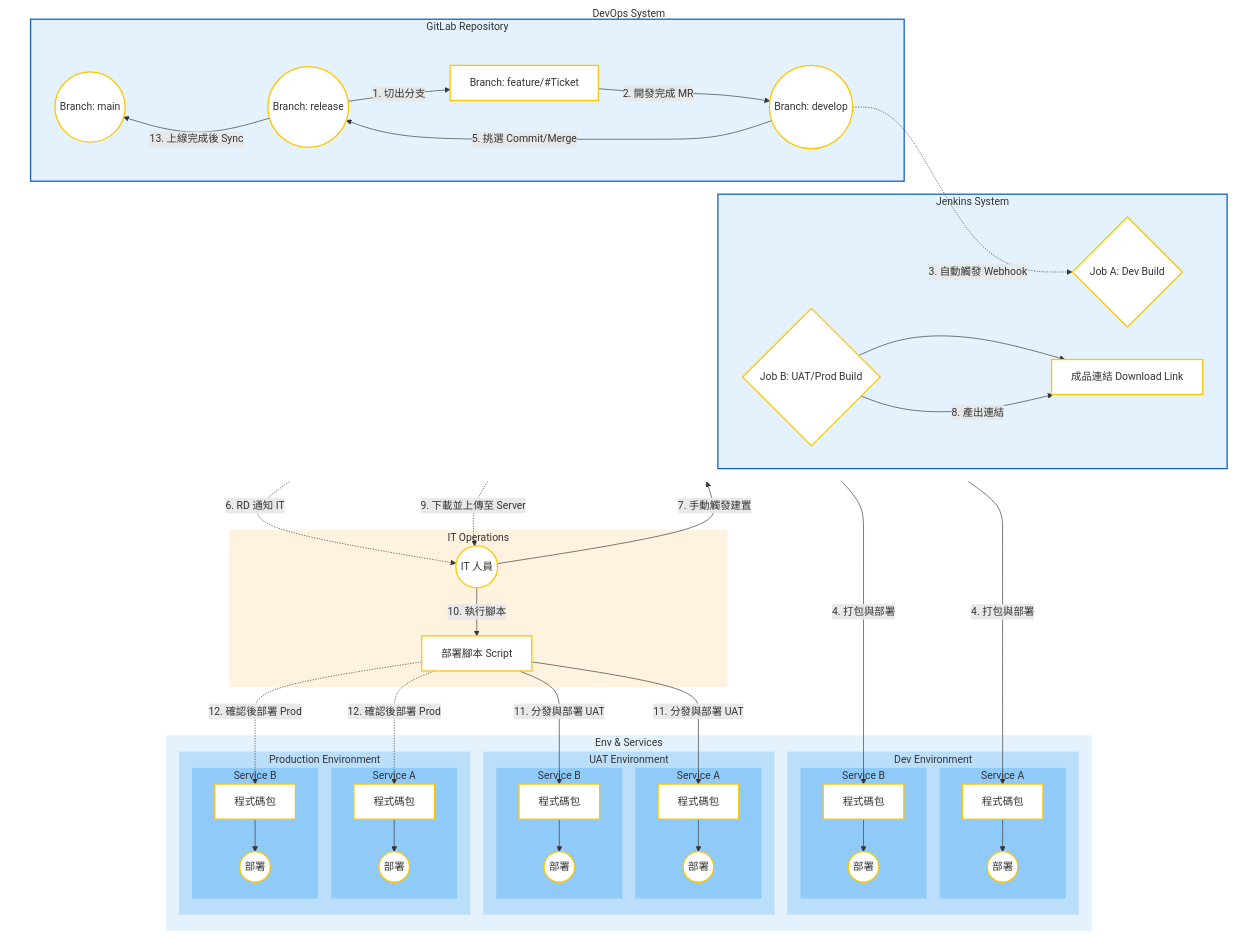
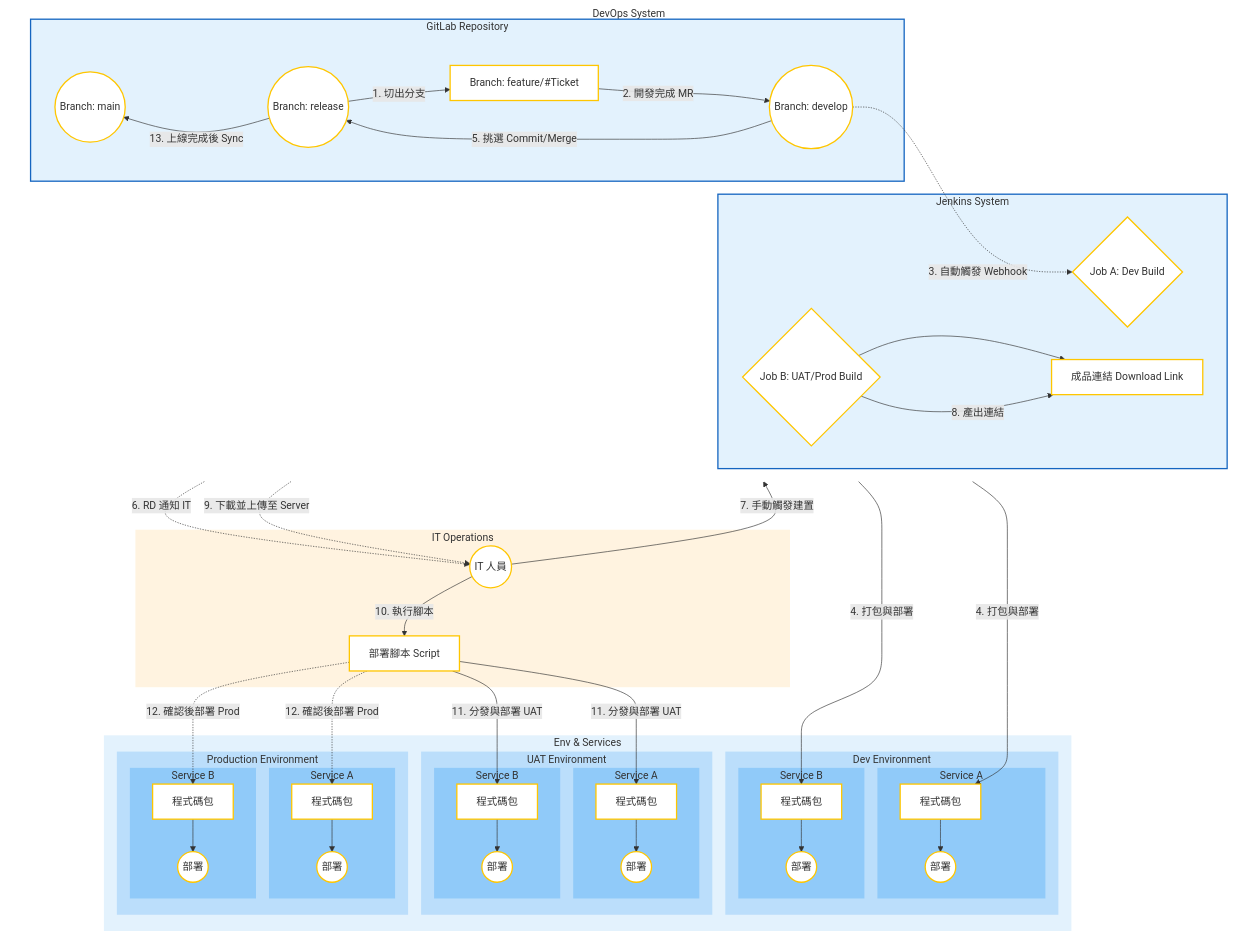
One commit to almightyken0425/KnowledgeVault changed the second of 2 diagrams in SIT/ReleaseWorkFlow.md. Above: the diagram before and after it, drawn with Mermaid.

```diff
--- a/SIT/ReleaseWorkFlow.md
+++ b/SIT/ReleaseWorkFlow.md
@@ -125,7 +125,7 @@
     Feature -->|2. 開發完成 MR| Develop
 
     Develop -.->|3. 自動觸發 Webhook| JobA
-    JobA -->|4. 打包與部署| DevPkgA & DevPkgB
+    JobA --->|4. 打包與部署| DevPkgA & DevPkgB
     
     Develop -->|5. 挑選 Commit/Merge| Release
     Release -.->|6. RD 通知 IT| ITUser
@@ -141,6 +141,13 @@
     DeployScript -.->|12. 確認後部署 Prod| ProdPkgA & ProdPkgB
 
     Release -->|13. 上線完成後 Sync| Main
+
+    %% 佈局調整用隱藏線 Layout Helpers
+    %% 強制將 Operations 推到 DevOps 下方
+    Feature ~~~ ITUser
+    JobB ~~~ ITUser
+    %% 強制 DevEnv 跟 UAT/Prod 同層 (因為 JobA 直連 Dev 可能會把 Dev 拉高)
+    ITUser ~~~ DevPkgA
 
     %% Subgraph Styles
     %% Level 1: Lightest Blue
```
